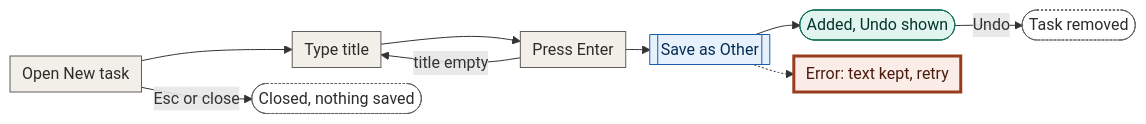
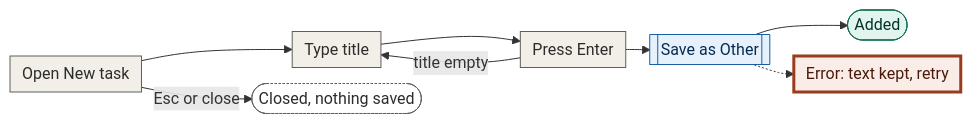
One commit to tor4/ai-planner changed the first of 7 diagrams in docs/design/01-user-flows/tasks.md. Above: the diagram before and after it, drawn with Mermaid. The commit also changed other lines of this file and 14 other files, not shown here.

First line of the commit message:
Fix user flow and screen issues

````diff
--- a/docs/design/01-user-flows/tasks.md
+++ b/docs/design/01-user-flows/tasks.md
@@ -12,16 +12,15 @@
 ```mermaid
 %%{init: {"flowchart": {"nodeSpacing": 16, "rankSpacing": 24, "padding": 6}}}%%
 flowchart LR
-  A[Open New task]:::step --> B[Type title]:::step --> C[Press Enter]:::step --> S[[Save as Other]]:::sys --> D([Added, Undo shown]):::ok
-  D -->|Undo| U([Task removed]):::exit
+  A[Open New task]:::step --> B[Type title]:::step --> C[Press Enter]:::step --> S[[Save as Other]]:::sys --> D([Added]):::ok
   C -->|title empty| B
   A -->|Esc or close| E([Closed, nothing saved]):::exit
   S -.-> X[Error: text kept, retry]:::error
   classDef step fill:#F1EFE8,stroke:#5F5E5A,color:#2C2C2A
   classDef sys fill:#E6F1FB,stroke:#185FA5,color:#042C53
   classDef ok fill:#E1F5EE,stroke:#0F6E56,color:#04342C
   classDef exit fill:#FFFFFF,stroke:#5F5E5A,color:#2C2C2A,stroke-dasharray:2 2
   classDef decision fill:#FAEEDA,stroke:#854F0B,color:#412402
   classDef state fill:#EEEDFE,stroke:#534AB7,color:#26215C,stroke-dasharray:4 3
   classDef error fill:#FAECE7,stroke:#993C1D,color:#4A1B0C,stroke-width:3px
 ```
````
